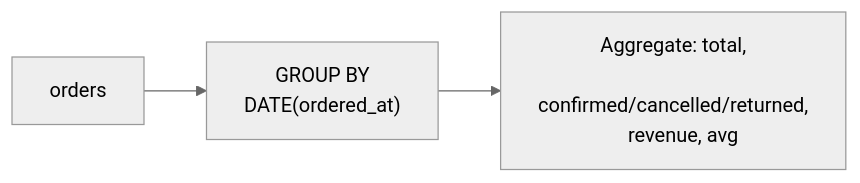
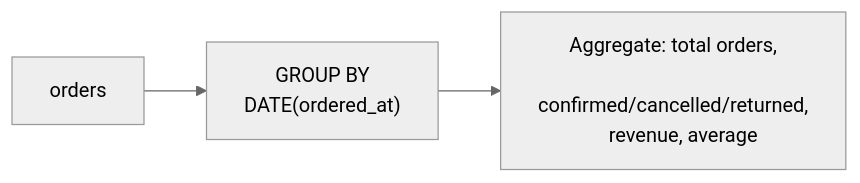
Before and after one commit to civilian7/sql-tutorial: the sixth of 18 diagrams in docs/en/schema/views.md, drawn with Mermaid (neutral theme). The commit also changed other lines of this file and 121 other files, not shown here.

````diff
--- a/docs/en/schema/views.md
+++ b/docs/en/schema/views.md
@@ -668,8 +683,8 @@
 ```mermaid
 flowchart LR
     A["orders"] --> B["GROUP BY
     DATE(ordered_at)"]
-    B --> C["Aggregate: total,
+    B --> C["Aggregate: total orders,
     confirmed/cancelled/returned,
-    revenue, avg"]
+    revenue, average"]
 ```
````
